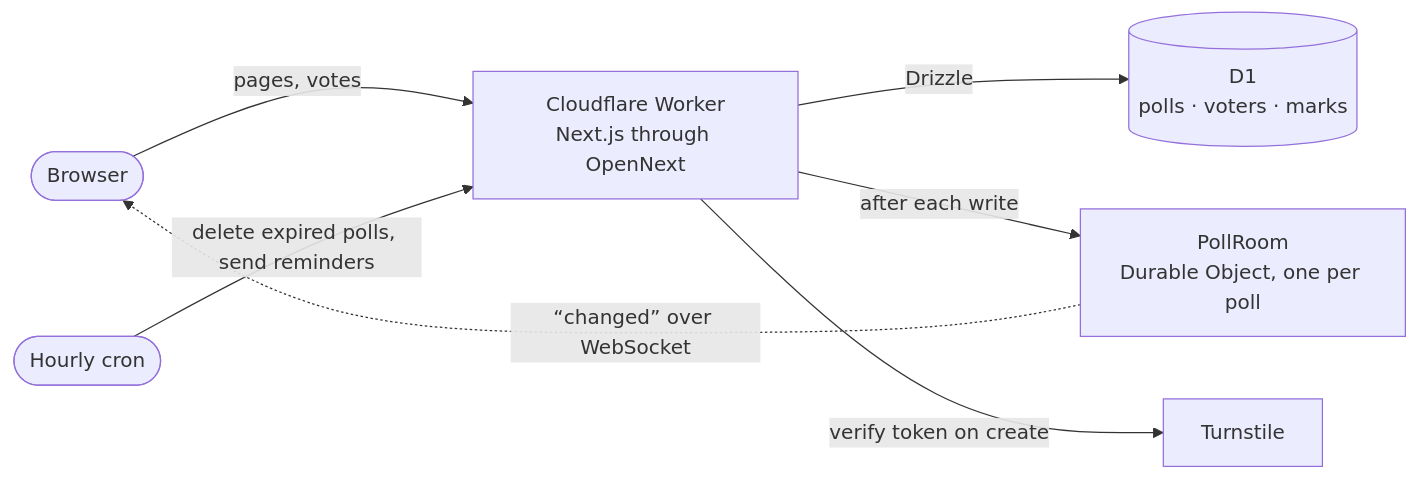
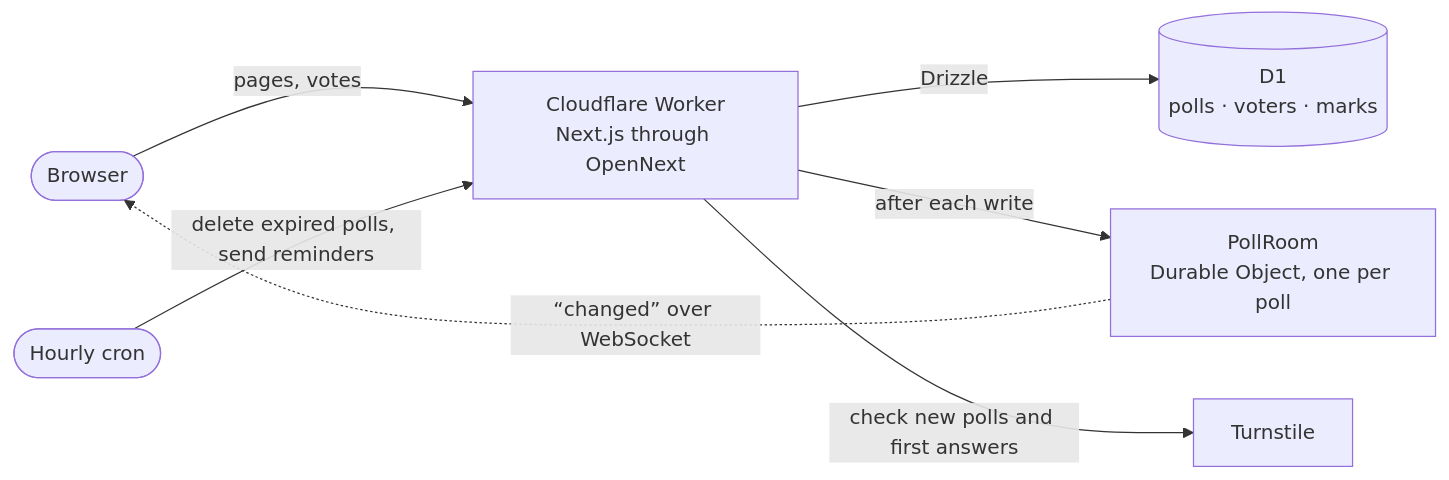
The diagram in README.md (mxrtcendik/overlap), drawn with Mermaid before and after one commit. The commit also changed other lines of this file, not shown here.

````diff
--- a/README.md
+++ b/README.md
@@ -51,16 +51,16 @@
 ```mermaid
 flowchart LR
   browser([Browser])
   worker["Cloudflare Worker<br/>Next.js through OpenNext"]
   d1[("D1<br/>polls · voters · marks")]
   room["PollRoom<br/>Durable Object, one per poll"]
   turnstile["Turnstile"]
   cron(["Hourly cron"])
 
   browser -- "pages, votes" --> worker
   worker -- "Drizzle" --> d1
   worker -- "after each write" --> room
   room -. "“changed” over WebSocket" .-> browser
-  worker -- "verify token on create" --> turnstile
+  worker -- "check new polls and first answers" --> turnstile
   cron -- "delete expired polls, send reminders" --> worker
 ```
````
